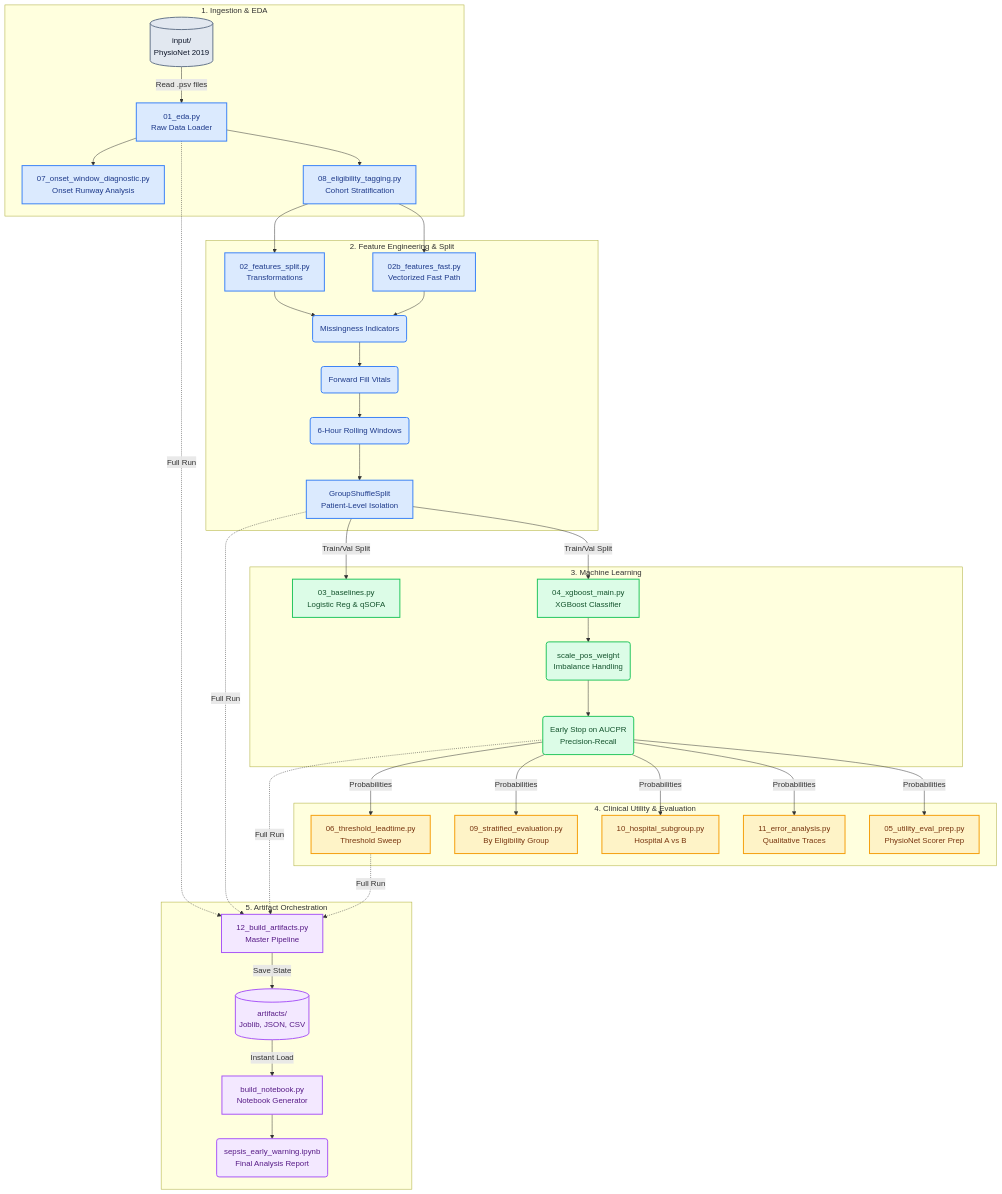
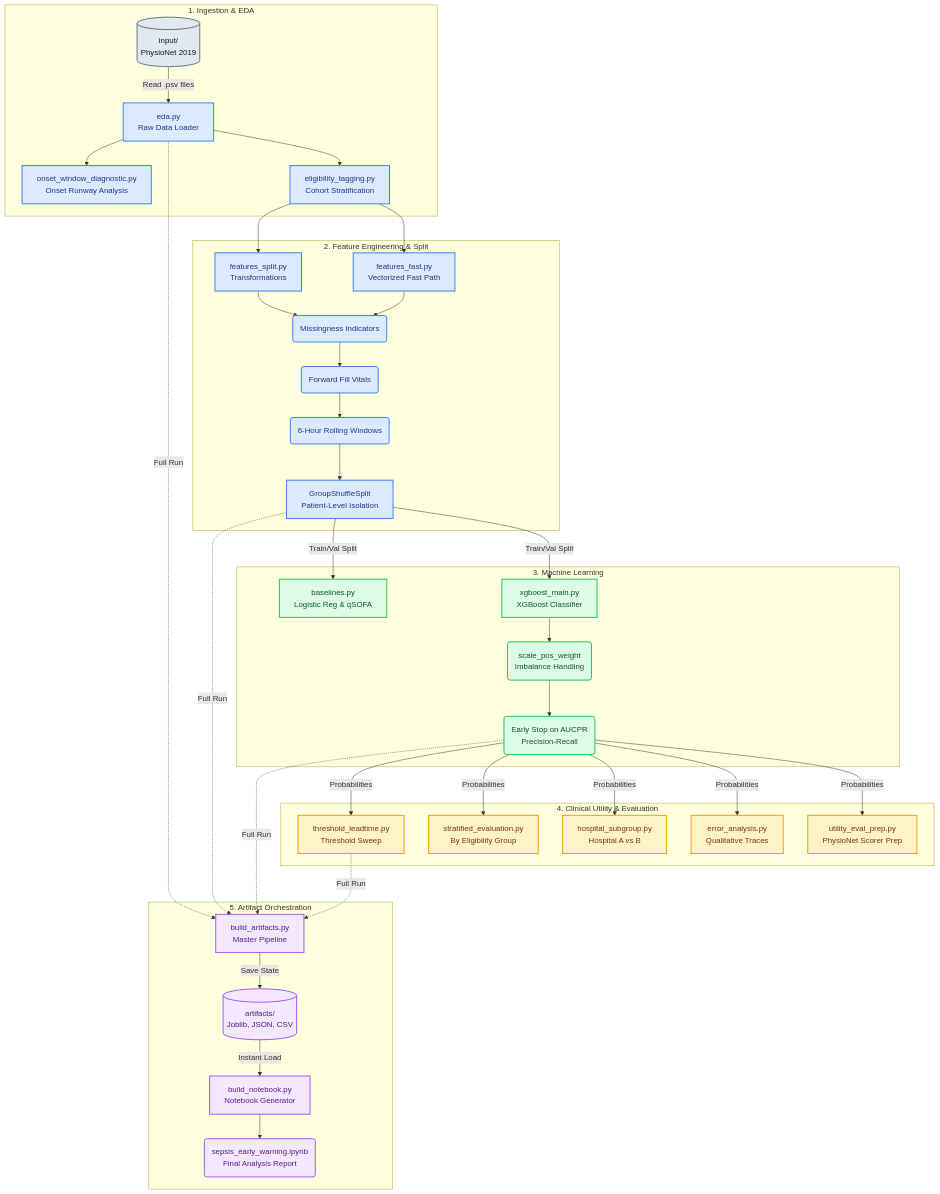
The diagram in ARCHITECTURE_DIAGRAM.md (MS-SE-Forge/Sepsis-Early-Warning-ML-Project), drawn with Mermaid before and after one commit. The commit also changed 16 other files, not shown here.

```diff
--- a/ARCHITECTURE_DIAGRAM.md
+++ b/ARCHITECTURE_DIAGRAM.md
@@ -14,9 +14,9 @@
     %% Stage 1: Ingestion
     subgraph Stage1 [1. Ingestion & EDA]
         A1[(input/\nPhysioNet 2019)]:::rawData
-        B1[01_eda.py\nRaw Data Loader]:::etl
-        C1[07_onset_window_diagnostic.py\nOnset Runway Analysis]:::etl
-        D1[08_eligibility_tagging.py\nCohort Stratification]:::etl
+        B1[eda.py\nRaw Data Loader]:::etl
+        C1[onset_window_diagnostic.py\nOnset Runway Analysis]:::etl
+        D1[eligibility_tagging.py\nCohort Stratification]:::etl
 
         A1 -->|Read .psv files| B1
         B1 --> C1
@@ -25,8 +25,8 @@
 
     %% Stage 2: Feature Engineering
     subgraph Stage2 [2. Feature Engineering & Split]
-        A2[02_features_split.py\nTransformations]:::etl
-        B2[02b_features_fast.py\nVectorized Fast Path]:::etl
+        A2[features_split.py\nTransformations]:::etl
+        B2[features_fast.py\nVectorized Fast Path]:::etl
         C2(Missingness Indicators):::etl
         D2(Forward Fill Vitals):::etl
         E2(6-Hour Rolling Windows):::etl
@@ -44,8 +44,8 @@
 
     %% Stage 3: Modeling
     subgraph Stage3 [3. Machine Learning]
-        A3[03_baselines.py\nLogistic Reg & qSOFA]:::model
-        B3[04_xgboost_main.py\nXGBoost Classifier]:::model
+        A3[baselines.py\nLogistic Reg & qSOFA]:::model
+        B3[xgboost_main.py\nXGBoost Classifier]:::model
         C3(scale_pos_weight\nImbalance Handling):::model
         D3(Early Stop on AUCPR\nPrecision-Recall):::model
 
@@ -58,11 +58,11 @@
 
     %% Stage 4: Evaluation
     subgraph Stage4 [4. Clinical Utility & Evaluation]
-        A4[06_threshold_leadtime.py\nThreshold Sweep]:::eval
-        B4[09_stratified_evaluation.py\nBy Eligibility Group]:::eval
-        C4[10_hospital_subgroup.py\nHospital A vs B]:::eval
-        D4[11_error_analysis.py\nQualitative Traces]:::eval
-        E4[05_utility_eval_prep.py\nPhysioNet Scorer Prep]:::eval
+        A4[threshold_leadtime.py\nThreshold Sweep]:::eval
+        B4[stratified_evaluation.py\nBy Eligibility Group]:::eval
+        C4[hospital_subgroup.py\nHospital A vs B]:::eval
+        D4[error_analysis.py\nQualitative Traces]:::eval
+        E4[utility_eval_prep.py\nPhysioNet Scorer Prep]:::eval
     end
 
     D3 -->|Probabilities| A4
@@ -73,7 +73,7 @@
 
     %% Stage 5: Artifact Orchestration
     subgraph Stage5 [5. Artifact Orchestration]
-        A5[12_build_artifacts.py\nMaster Pipeline]:::output
+        A5[build_artifacts.py\nMaster Pipeline]:::output
         B5[(artifacts/\nJoblib, JSON, CSV)]:::output
         C5[build_notebook.py\nNotebook Generator]:::output
         D5(sepsis_early_warning.ipynb\nFinal Analysis Report):::output
```
